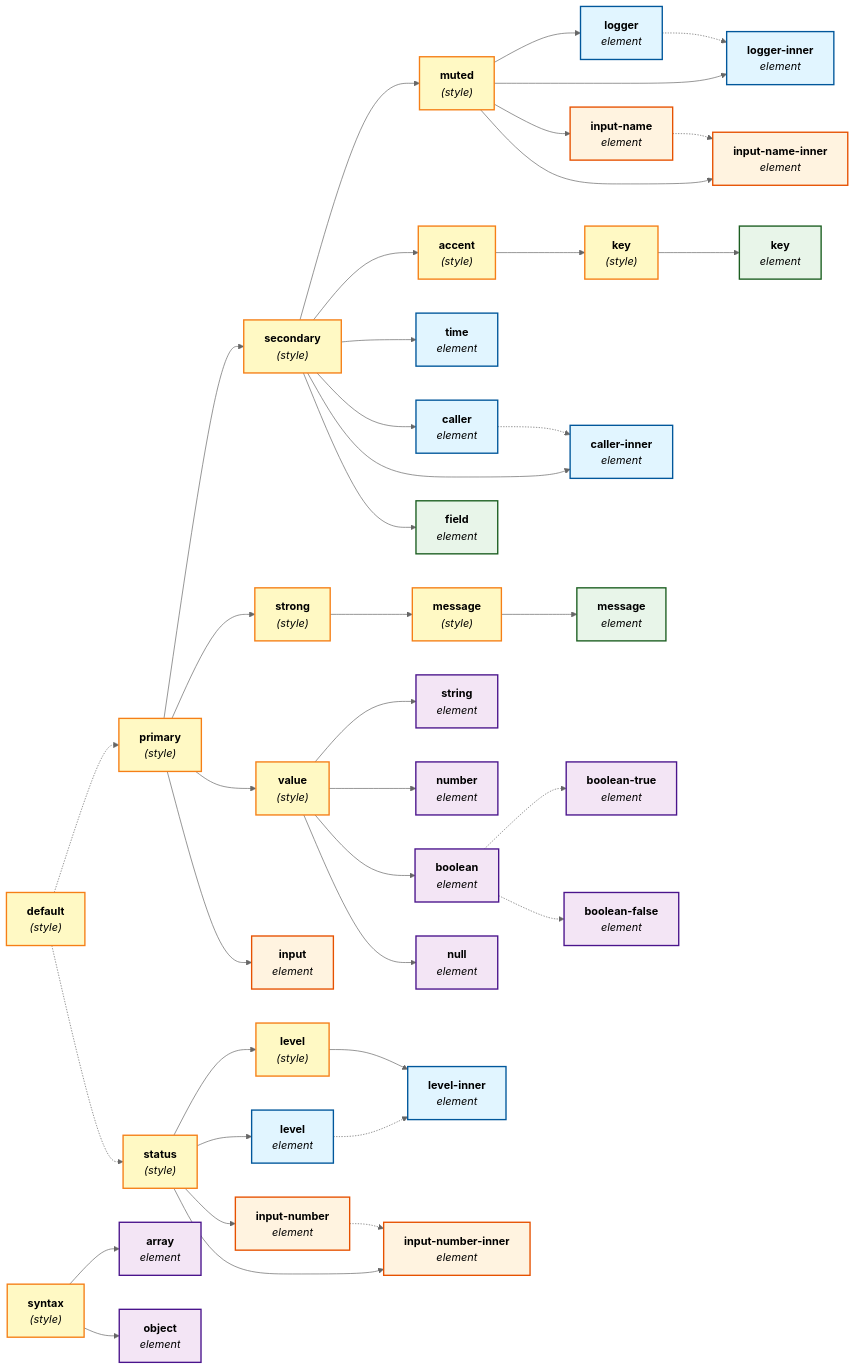
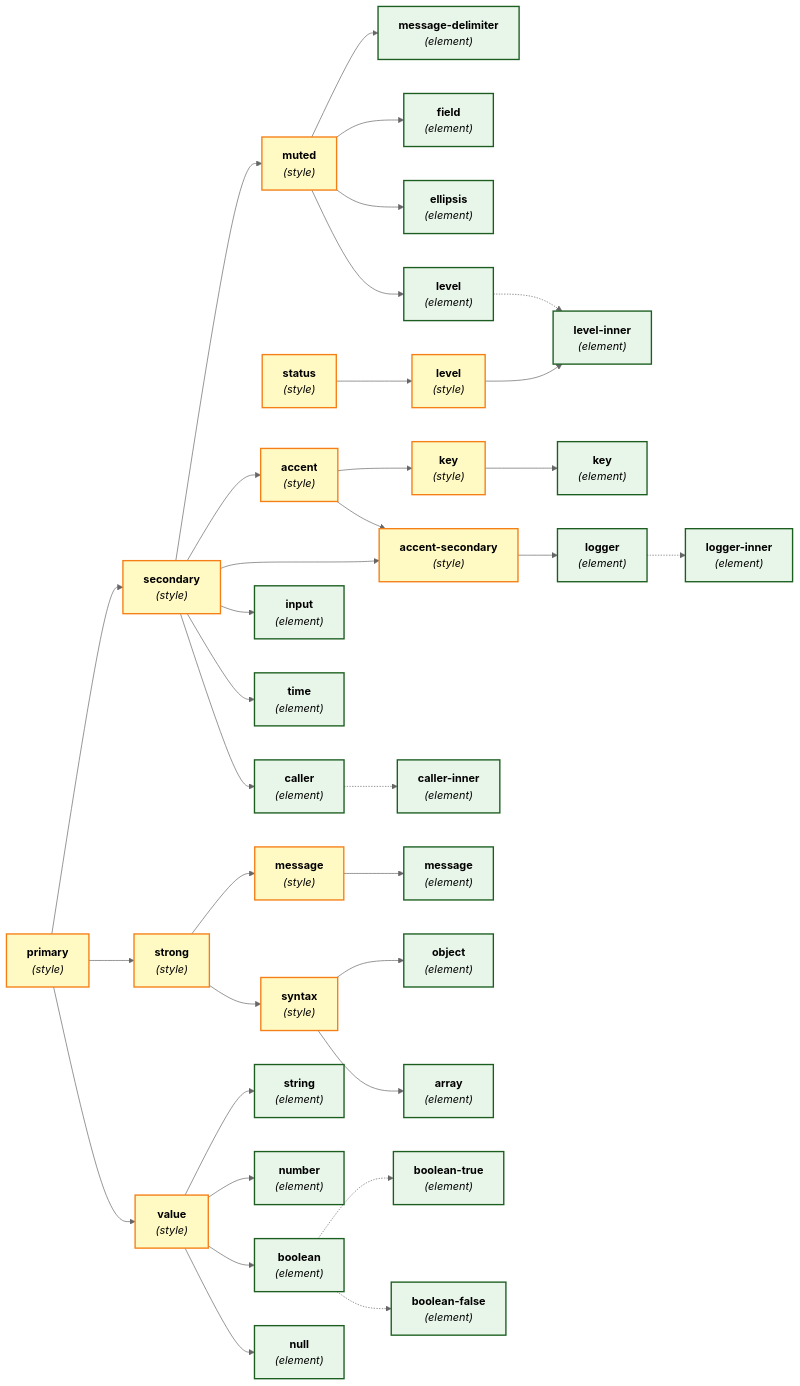
The diagram in doc/theme-element-inheritance.mmd (pamburus/hl), drawn with Mermaid before and after one commit. The commit also changed 1 other file, not shown here.

```diff
--- a/doc/theme-element-inheritance.mmd
+++ b/doc/theme-element-inheritance.mmd
@@ -1,106 +1,84 @@
 %%{init: {'theme':'base','themeVariables':{'primaryColor':'#e1f5ff','primaryTextColor':'#000','primaryBorderColor':'#01579b','lineColor':'#666','secondaryColor':'#fff9c4','tertiaryColor':'#f3e5f5','background':'transparent','mainBkg':'transparent','secondaryBkg':'transparent','tertiaryBkg':'transparent'}}}%%
 graph LR
-    %% Style roles (from previous diagram)
-    default["<b>default</b><br/><i>(style)</i>"]
+    %% Style roles
     primary["<b>primary</b><br/><i>(style)</i>"]
     secondary["<b>secondary</b><br/><i>(style)</i>"]
     strong["<b>strong</b><br/><i>(style)</i>"]
     muted["<b>muted</b><br/><i>(style)</i>"]
+    status["<b>status</b><br/><i>(style)</i>"]
     accent["<b>accent</b><br/><i>(style)</i>"]
+    accent_secondary["<b>accent-secondary</b><br/><i>(style)</i>"]
     message_style["<b>message</b><br/><i>(style)</i>"]
+    syntax_style["<b>syntax</b><br/><i>(style)</i>"]
     key_style["<b>key</b><br/><i>(style)</i>"]
     value["<b>value</b><br/><i>(style)</i>"]
-    syntax["<b>syntax</b><br/><i>(style)</i>"]
-    status["<b>status</b><br/><i>(style)</i>"]
     level_style["<b>level</b><br/><i>(style)</i>"]
 
-    %% Metadata elements
-    time["<b>time</b><br/><i>element</i>"]
-    level["<b>level</b><br/><i>element</i>"]
-    level_inner["<b>level-inner</b><br/><i>element</i>"]
-    logger["<b>logger</b><br/><i>element</i>"]
-    logger_inner["<b>logger-inner</b><br/><i>element</i>"]
-    caller["<b>caller</b><br/><i>element</i>"]
-    caller_inner["<b>caller-inner</b><br/><i>element</i>"]
+    %% Elements
+    input["<b>input</b><br/><i>(element)</i>"]
+    time["<b>time</b><br/><i>(element)</i>"]
+    level["<b>level</b><br/><i>(element)</i>"]
+    level_inner["<b>level-inner</b><br/><i>(element)</i>"]
+    logger["<b>logger</b><br/><i>(element)</i>"]
+    logger_inner["<b>logger-inner</b><br/><i>(element)</i>"]
+    caller["<b>caller</b><br/><i>(element)</i>"]
+    caller_inner["<b>caller-inner</b><br/><i>(element)</i>"]
+    message["<b>message</b><br/><i>(element)</i>"]
+    message_delimiter["<b>message-delimiter</b><br/><i>(element)</i>"]
+    field["<b>field</b><br/><i>(element)</i>"]
+    key["<b>key</b><br/><i>(element)</i>"]
+    ellipsis["<b>ellipsis</b><br/><i>(element)</i>"]
+    object["<b>object</b><br/><i>(element)</i>"]
+    array["<b>array</b><br/><i>(element)</i>"]
+    string["<b>string</b><br/><i>(element)</i>"]
+    number["<b>number</b><br/><i>(element)</i>"]
+    boolean["<b>boolean</b><br/><i>(element)</i>"]
+    boolean_true["<b>boolean-true</b><br/><i>(element)</i>"]
+    boolean_false["<b>boolean-false</b><br/><i>(element)</i>"]
+    null["<b>null</b><br/><i>(element)</i>"]
 
-    %% Message elements
-    message["<b>message</b><br/><i>element</i>"]
-    key["<b>key</b><br/><i>element</i>"]
-    field["<b>field</b><br/><i>element</i>"]
-
-    %% Value elements
-    string["<b>string</b><br/><i>element</i>"]
-    number["<b>number</b><br/><i>element</i>"]
-    boolean["<b>boolean</b><br/><i>element</i>"]
-    boolean_true["<b>boolean-true</b><br/><i>element</i>"]
-    boolean_false["<b>boolean-false</b><br/><i>element</i>"]
-    null["<b>null</b><br/><i>element</i>"]
-    array["<b>array</b><br/><i>element</i>"]
-    object["<b>object</b><br/><i>element</i>"]
-
-    %% Input elements
-    input["<b>input</b><br/><i>element</i>"]
-    input_number["<b>input-number</b><br/><i>element</i>"]
-    input_number_inner["<b>input-number-inner</b><br/><i>element</i>"]
-    input_name["<b>input-name</b><br/><i>element</i>"]
-    input_name_inner["<b>input-name-inner</b><br/><i>element</i>"]
-
-    %% Style inheritance (from role diagram)
-    default -.-> primary
-    default -.-> status
+    %% Style inheritance
     primary --> secondary
     primary --> strong
     primary --> value
     secondary --> muted
     secondary --> accent
+    secondary --> accent_secondary
     accent --> key_style
+    accent --> accent_secondary
     strong --> message_style
+    strong --> syntax_style
     status --> level_style
 
-    %% Style to element inheritance
+    %% Element inheritance from styles
+    secondary --> input
     secondary --> time
-    status --> level
+    secondary --> caller
+    accent_secondary --> logger
+    muted --> message_delimiter
+    muted --> field
+    muted --> ellipsis
+    muted --> level
     level_style --> level_inner
-    muted --> logger
-    muted --> logger_inner
-    secondary --> caller
-    secondary --> caller_inner
-
     message_style --> message
     key_style --> key
-    secondary --> field
-
+    syntax_style --> object
+    syntax_style --> array
     value --> string
     value --> number
     value --> boolean
     value --> null
-    syntax --> array
-    syntax --> object
-
-    primary --> input
-    status --> input_number
-    status --> input_number_inner
-    muted --> input_name
-    muted --> input_name_inner
 
     %% Parent-inner relationships (dashed)
     level -.-> level_inner
     logger -.-> logger_inner
     caller -.-> caller_inner
-    input_number -.-> input_number_inner
-    input_name -.-> input_name_inner
     boolean -.-> boolean_true
     boolean -.-> boolean_false
 
     %% Style definitions
     classDef styleRole fill:#fff9c4,stroke:#f57f17,stroke-width:2px,color:#000
     classDef element fill:#e8f5e9,stroke:#1b5e20,stroke-width:2px,color:#000
-    classDef metadataElement fill:#e1f5ff,stroke:#01579b,stroke-width:2px,color:#000
-    classDef valueElement fill:#f3e5f5,stroke:#4a148c,stroke-width:2px,color:#000
-    classDef inputElement fill:#fff3e0,stroke:#e65100,stroke-width:2px,color:#000
 
-    class default,primary,secondary,strong,muted,accent,message_style,key_style,value,syntax,status,level_style styleRole
-    class time,level,level_inner,logger,logger_inner,caller,caller_inner metadataElement
-    class message,key,field element
-    class string,number,boolean,boolean_true,boolean_false,null,array,object valueElement
-    class input,input_number,input_number_inner,input_name,input_name_inner inputElement
+    class primary,secondary,strong,muted,accent,accent_secondary,message_style,syntax_style,status,key_style,value,level_style, styleRole
+    class input,time,level,level_inner,logger,logger_inner,caller,caller_inner,message,message_delimiter,field,key,ellipsis,object,array,string,number,boolean,boolean_true,boolean_false,null element
```
